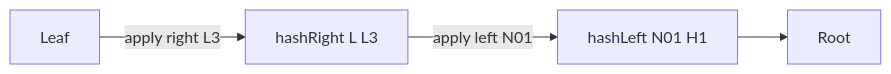
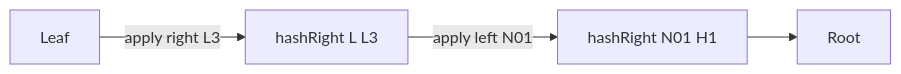
Before and after one commit to ChainsQueenEth/lean4-merkle: the second of 2 diagrams in README.md, drawn with Mermaid. The commit also changed other lines of this file and 1 other file, not shown here.

Commit message:
docs: clarify merkle tree hashing uses hashRight for both left/right steps

````diff
--- a/README.md
+++ b/README.md
@@ -145,6 +145,6 @@
 ```mermaid
 flowchart LR
   L[Leaf] -->|apply right L3| H1[hashRight L L3]
-  H1 -->|apply left N01| H2[hashLeft N01 H1]
+  H1 -->|apply left N01| H2[hashRight N01 H1]
   H2 --> R[Root]
 ```
````
